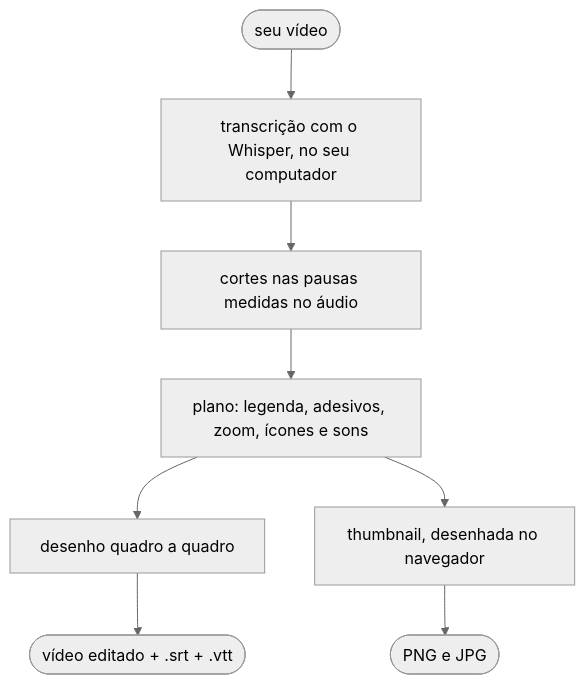
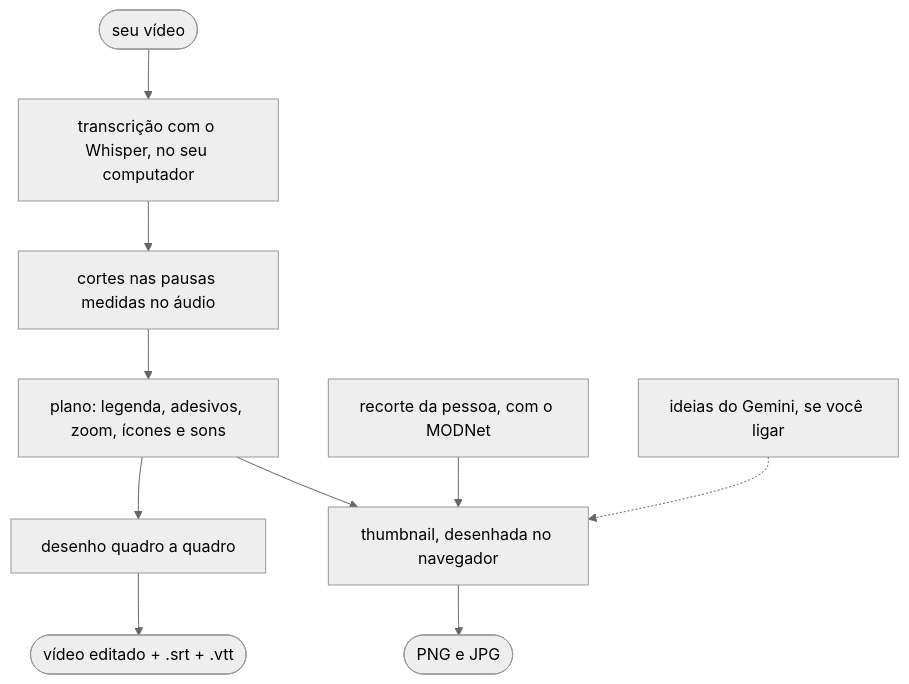
The diagram in README.md (lucasteles1231/editor-de-video), drawn with Mermaid (neutral theme) before and after one commit. The commit also changed other lines of this file and 67 other files, not shown here.

First line of the commit message:
Thumbnail com IA, a pessoa recortada sobre um fundo novo, luz e mão

````diff
--- a/README.md
+++ b/README.md
@@ -335,10 +397,12 @@
 ```mermaid
 flowchart TD
     V([seu vídeo]) --> W[transcrição com o Whisper, no seu computador]
     W --> C[cortes nas pausas medidas no áudio]
     C --> P[plano: legenda, adesivos, zoom, ícones e sons]
     P --> D[desenho quadro a quadro]
     P --> T[thumbnail, desenhada no navegador]
+    R[recorte da pessoa, com o MODNet] --> T
+    G[ideias do Gemini, se você ligar] -.-> T
     D --> S([vídeo editado + .srt + .vtt])
     T --> I([PNG e JPG])
 ```
````
